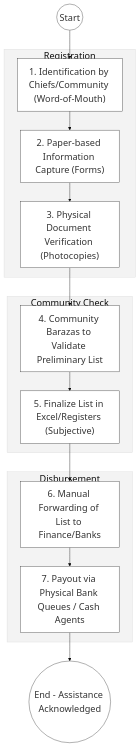
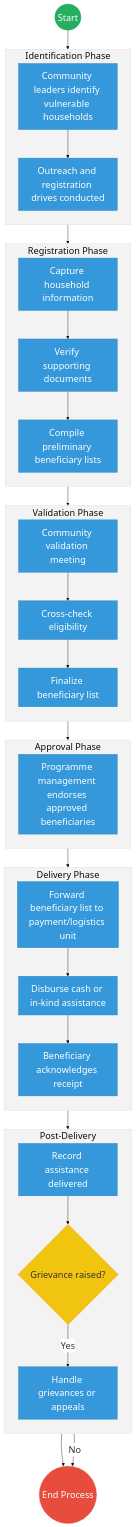
One commit to BITZ-IT-Consulting-LTD/ictapoc changed the first of 2 diagrams in mdas/docs_final/priority_mdas/State_Department_for_Special_Programmes___Service_Delivery.md. Above: the diagram before and after it, drawn with Mermaid. The commit also changed other lines of this file and 90 other files, not shown here.

````diff
--- a/mdas/docs_final/priority_mdas/State_Department_for_Special_Programmes___Service_Delivery.md
+++ b/mdas/docs_final/priority_mdas/State_Department_for_Special_Programmes___Service_Delivery.md
@@ -77,22 +41,82 @@
 ```mermaid
 %%{init: { 'theme': 'base', 'themeVariables': { 'fontSize': '24px', 'fontFamily': 'Inter, system-ui, sans-serif', 'primaryColor': '#ffffff', 'edgeLabelBackground':'#ffffff', 'tertiaryColor': '#f3f3f3', 'mainBkg': '#ffffff', 'nodeBorder': '#333333' } } }%%
 flowchart TD
-    Start((Start)) --> Identify["1. Identification by Chiefs/Community (Word-of-Mouth)"]
-    
-    subgraph Enrollment_Silo["Registration"]
-        Identify --> Capture["2. Paper-based Information Capture (Forms)"]
-        Capture --> Verify["3. Physical Document Verification (Photocopies)"]
+    %% Events
+    Start((Start))
+    EndProcess(("End Process"))
+
+    subgraph Identification["Identification Phase"]
+        direction TB
+        IdVuln["Community leaders identify vulnerable households"]
+        Outreach["Outreach and registration drives conducted"]
     end
 
-    subgraph Validation_Silo["Community Check"]
-        Verify --> Meetings["4. Community Barazas to Validate Preliminary List"]
-        Meetings --> Finalize["5. Finalize List in Excel/Registers (Subjective)"]
+    subgraph Registration["Registration Phase"]
+        direction TB
+        CapInfo["Capture household information"]
+        VerDocs["Verify supporting documents"]
+        CompList["Compile preliminary beneficiary lists"]
     end
 
-    subgraph Payout_Layer["Disbursement"]
-        Finalize --> PayOrder["6. Manual Forwarding of List to Finance/Banks"]
-        PayOrder --> Disburse["7. Payout via Physical Bank Queues / Cash Agents"]
+    subgraph Validation["Validation Phase"]
+        direction TB
+        CommVal["Community validation meeting"]
+        CrossCheck["Cross-check eligibility"]
+        FinList["Finalize beneficiary list"]
     end
 
-    Disburse --> EndProcess(("End - Assistance Acknowledged"))
+    subgraph Approval["Approval Phase"]
+        direction TB
+        Endorse["Programme management endorses approved beneficiaries"]
+    end
+
+    subgraph Delivery["Delivery Phase"]
+        direction TB
+        FwdList["Forward beneficiary list to payment/logistics unit"]
+        Disburse["Disburse cash or in-kind assistance"]
+        AckRec["Beneficiary acknowledges receipt"]
+    end
+
+    subgraph PostDelivery["Post-Delivery"]
+        direction TB
+        RecAsst["Record assistance delivered"]
+        GrievanceGateway{"Grievance raised?"}
+        HandGriev["Handle grievances or appeals"]
+    end
+
+    %% Flow connections
+    Start --> IdVuln
+    IdVuln --> Outreach
+    
+    Outreach --> CapInfo
+    CapInfo --> VerDocs
+    VerDocs --> CompList
+    
+    CompList --> CommVal
+    CommVal --> CrossCheck
+    CrossCheck --> FinList
+    
+    FinList --> Endorse
+    
+    Endorse --> FwdList
+    FwdList --> Disburse
+    Disburse --> AckRec
+    
+    AckRec --> RecAsst
+    RecAsst --> GrievanceGateway
+    
+    GrievanceGateway -- "Yes" --> HandGriev
+    HandGriev --> EndProcess
+    GrievanceGateway -- "No" --> EndProcess
+
+    %% Styling
+    classDef startEvent fill:#27ae60,stroke:#27ae60,color:#fff,font-size:24px,font-size:24px;;
+    classDef endEvent fill:#e74c3c,stroke:#e74c3c,color:#fff,font-size:24px,font-size:24px;;
+    classDef userTask fill:#3498db,stroke:#2980b9,color:#fff,font-size:24px,font-size:24px;;
+    classDef gateway fill:#f1c40f,stroke:#f39c12,color:#333,font-size:24px,font-size:24px;;
+    
+    class Start startEvent;
+    class EndProcess endEvent;
+    class GrievanceGateway gateway;
+    class IdVuln,Outreach,CapInfo,VerDocs,CompList,CommVal,CrossCheck,FinList,Endorse,FwdList,Disburse,AckRec,RecAsst,HandGriev userTask;
 ```
````
